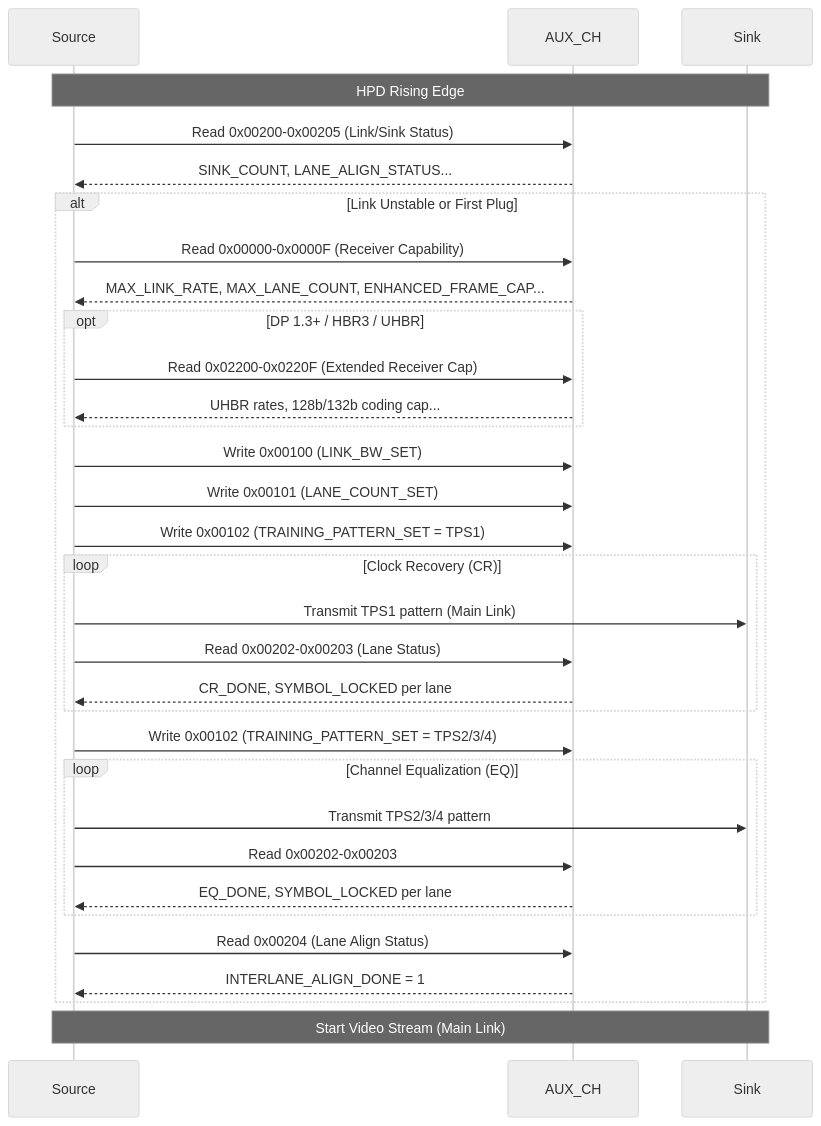
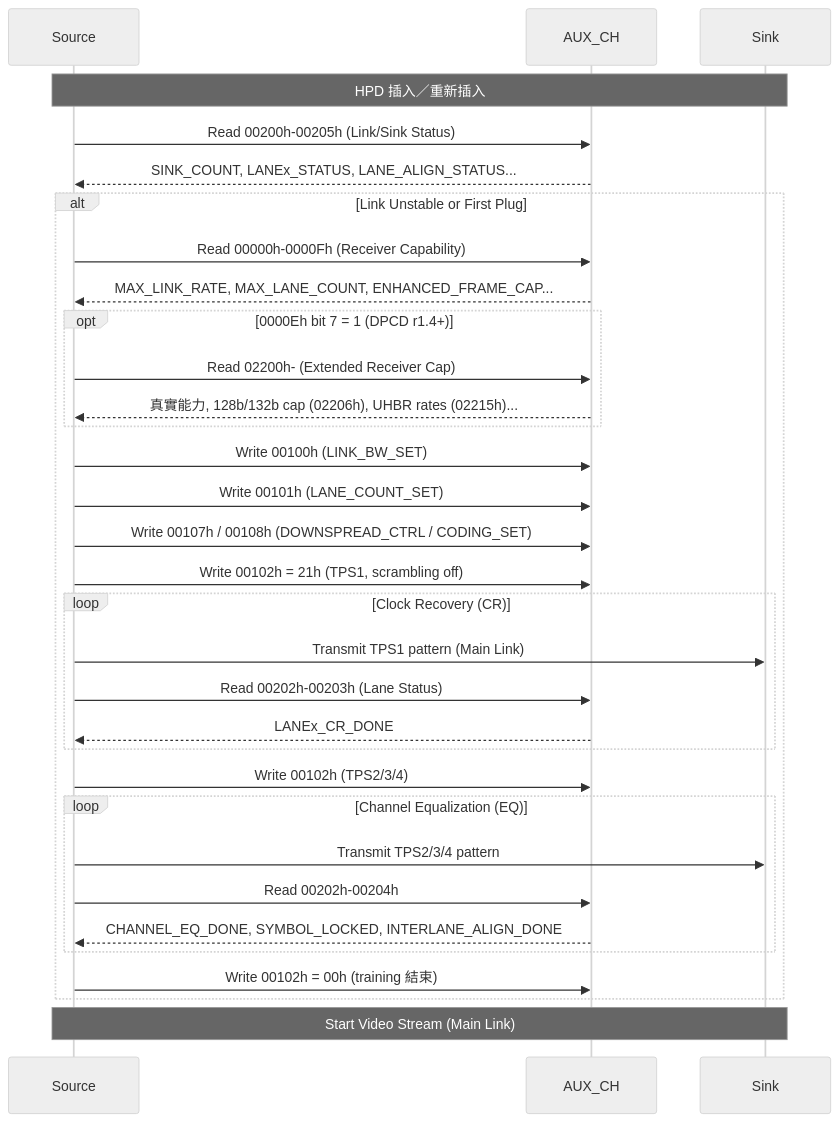
The diagram in _posts/2026-10-29-dpcd-sink-capability.md (andy730309/monitor-fw-blog), drawn with Mermaid (neutral theme) before and after one commit. The commit also changed other lines of this file and 1 other file, not shown here.

````diff
--- a/_posts/2026-10-29-dpcd-sink-capability.md
+++ b/_posts/2026-10-29-dpcd-sink-capability.md
@@ -91,43 +102,43 @@
 ```mermaid
 sequenceDiagram
     participant Source
     participant AUX_CH
     participant Sink
     
-    Note over Source,Sink: HPD Rising Edge
-    Source->>AUX_CH: Read 0x00200-0x00205 (Link/Sink Status)
-    AUX_CH-->>Source: SINK_COUNT, LANE_ALIGN_STATUS...
+    Note over Source,Sink: HPD 插入／重新插入
+    Source->>AUX_CH: Read 00200h-00205h (Link/Sink Status)
+    AUX_CH-->>Source: SINK_COUNT, LANEx_STATUS, LANE_ALIGN_STATUS...
     
     alt Link Unstable or First Plug
-        Source->>AUX_CH: Read 0x00000-0x0000F (Receiver Capability)
+        Source->>AUX_CH: Read 00000h-0000Fh (Receiver Capability)
         AUX_CH-->>Source: MAX_LINK_RATE, MAX_LANE_COUNT, ENHANCED_FRAME_CAP...
         
-        opt DP 1.3+ / HBR3 / UHBR
-            Source->>AUX_CH: Read 0x02200-0x0220F (Extended Receiver Cap)
-            AUX_CH-->>Source: UHBR rates, 128b/132b coding cap...
+        opt 0000Eh bit 7 = 1 (DPCD r1.4+)
+            Source->>AUX_CH: Read 02200h- (Extended Receiver Cap)
+            AUX_CH-->>Source: 真實能力, 128b/132b cap (02206h), UHBR rates (02215h)...
         end
         
-        Source->>AUX_CH: Write 0x00100 (LINK_BW_SET)
-        Source->>AUX_CH: Write 0x00101 (LANE_COUNT_SET)
-        Source->>AUX_CH: Write 0x00102 (TRAINING_PATTERN_SET = TPS1)
+        Source->>AUX_CH: Write 00100h (LINK_BW_SET)
+        Source->>AUX_CH: Write 00101h (LANE_COUNT_SET)
+        Source->>AUX_CH: Write 00107h / 00108h (DOWNSPREAD_CTRL / CODING_SET)
+        Source->>AUX_CH: Write 00102h = 21h (TPS1, scrambling off)
         
         loop Clock Recovery (CR)
             Source->>Sink: Transmit TPS1 pattern (Main Link)
-            Source->>AUX_CH: Read 0x00202-0x00203 (Lane Status)
-            AUX_CH-->>Source: CR_DONE, SYMBOL_LOCKED per lane
+            Source->>AUX_CH: Read 00202h-00203h (Lane Status)
+            AUX_CH-->>Source: LANEx_CR_DONE
         end
         
-        Source->>AUX_CH: Write 0x00102 (TRAINING_PATTERN_SET = TPS2/3/4)
+        Source->>AUX_CH: Write 00102h (TPS2/3/4)
         
         loop Channel Equalization (EQ)
             Source->>Sink: Transmit TPS2/3/4 pattern
-            Source->>AUX_CH: Read 0x00202-0x00203
-            AUX_CH-->>Source: EQ_DONE, SYMBOL_LOCKED per lane
+            Source->>AUX_CH: Read 00202h-00204h
+            AUX_CH-->>Source: CHANNEL_EQ_DONE, SYMBOL_LOCKED, INTERLANE_ALIGN_DONE
         end
         
-        Source->>AUX_CH: Read 0x00204 (Lane Align Status)
-        AUX_CH-->>Source: INTERLANE_ALIGN_DONE = 1
+        Source->>AUX_CH: Write 00102h = 00h (training 結束)
     end
     
     Note over Source,Sink: Start Video Stream (Main Link)
 ```
````
